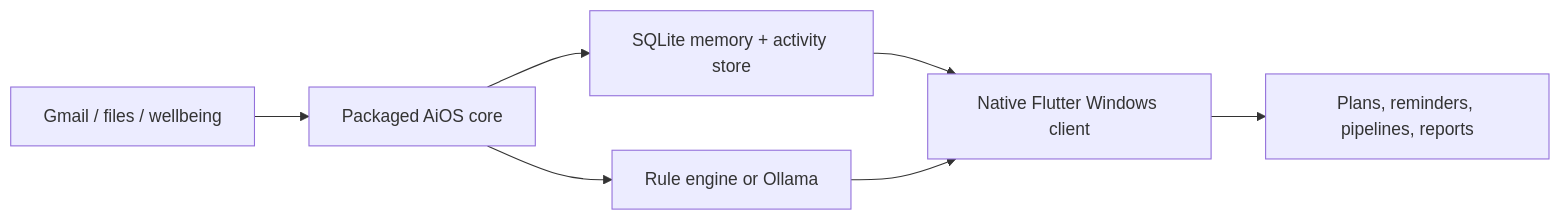
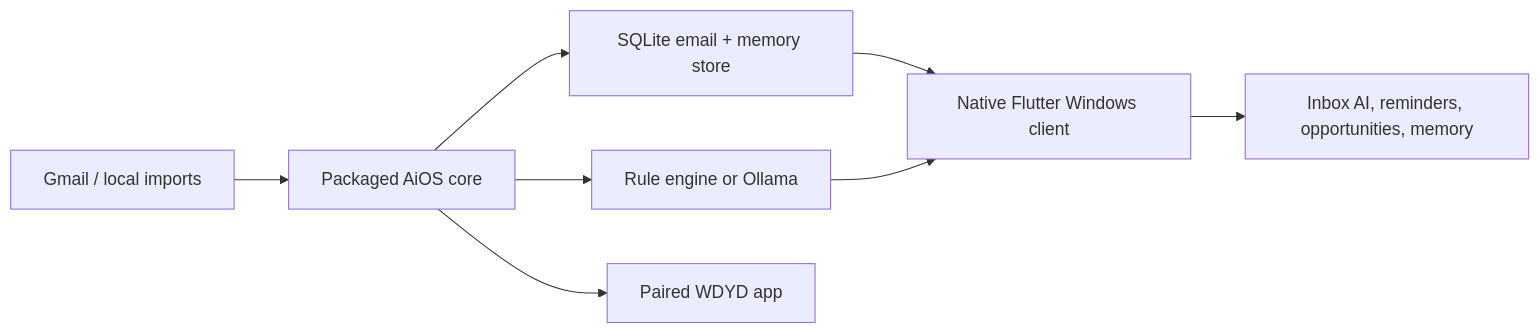
One commit to AnuranjanJain/aios-assistant changed the first of 2 diagrams in README.md. Above: the diagram before and after it, drawn with Mermaid. The commit also changed other lines of this file and 2 other files, not shown here.

````diff
--- a/README.md
+++ b/README.md
@@ -56,9 +54,10 @@
 ```mermaid
 flowchart LR
-    A["Gmail / files / wellbeing"] --> B["Packaged AiOS core"]
-    B --> C["SQLite memory + activity store"]
+    A["Gmail / local imports"] --> B["Packaged AiOS core"]
+    B --> C["SQLite email + memory store"]
     B --> D["Rule engine or Ollama"]
     C --> E["Native Flutter Windows client"]
     D --> E
-    E --> F["Plans, reminders, pipelines, reports"]
+    E --> F["Inbox AI, reminders, opportunities, memory"]
+    B --> G["Paired WDYD app"]
 ```
````
